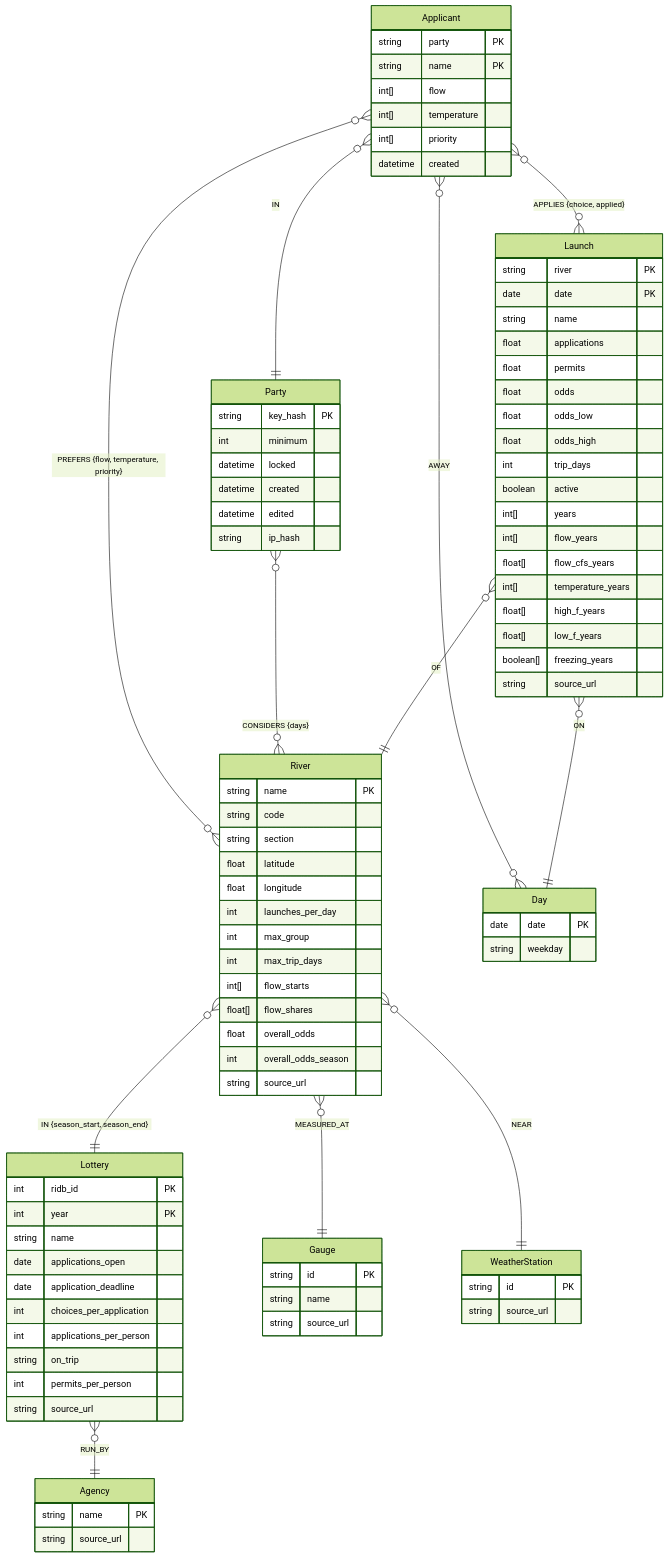
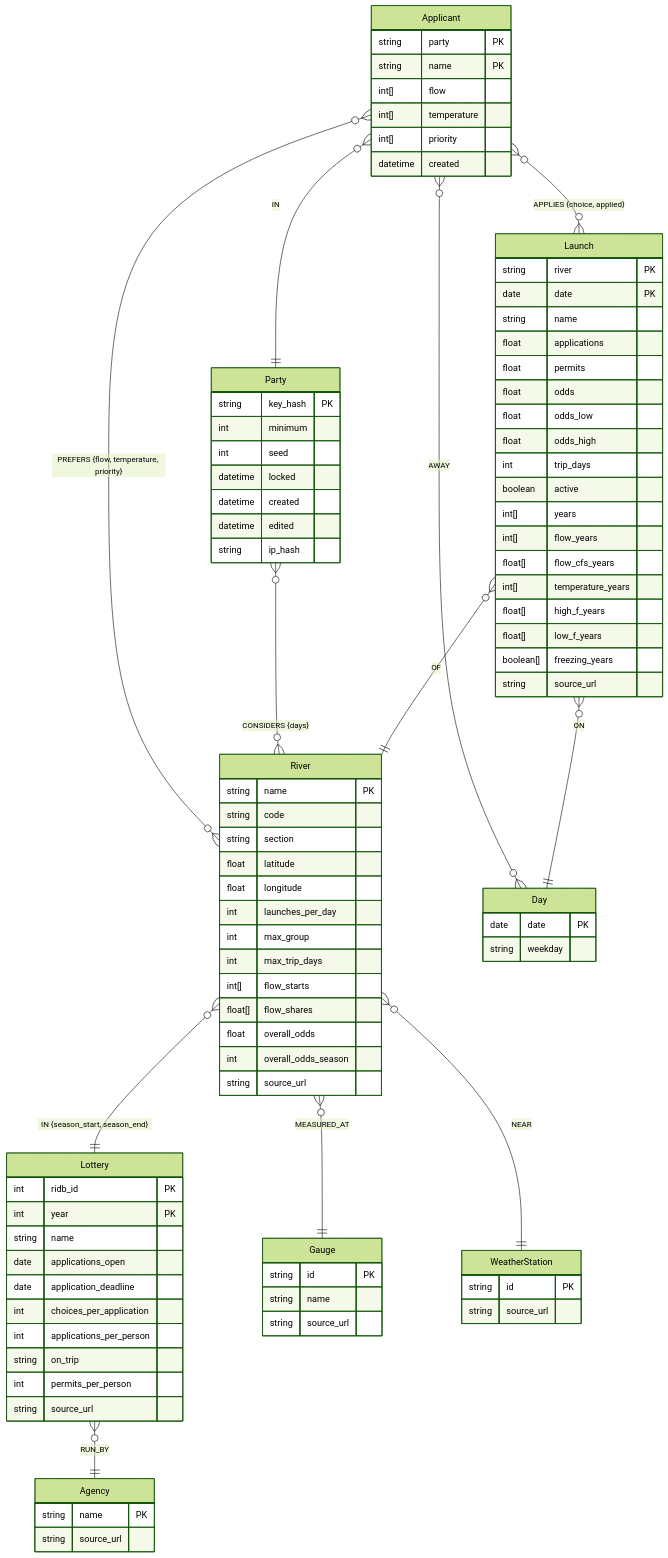
One commit to gen-omix/max-float changed the diagram in src/max_float/graph/README.md. Above: the diagram before and after it, drawn with Mermaid (forest theme). The commit also changed other lines of this file and 14 other files, not shown here.

```diff
--- a/src/max_float/graph/README.md
+++ b/src/max_float/graph/README.md
@@ -83,6 +83,7 @@
   Party {
     string key_hash PK
     int minimum
+    int seed
     datetime locked
     datetime created
     datetime edited
```
